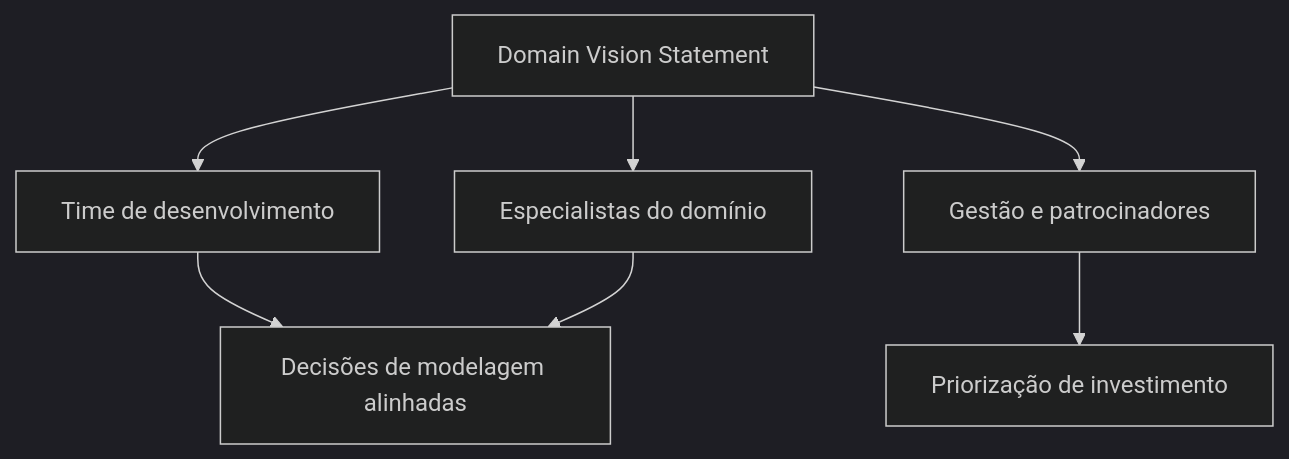
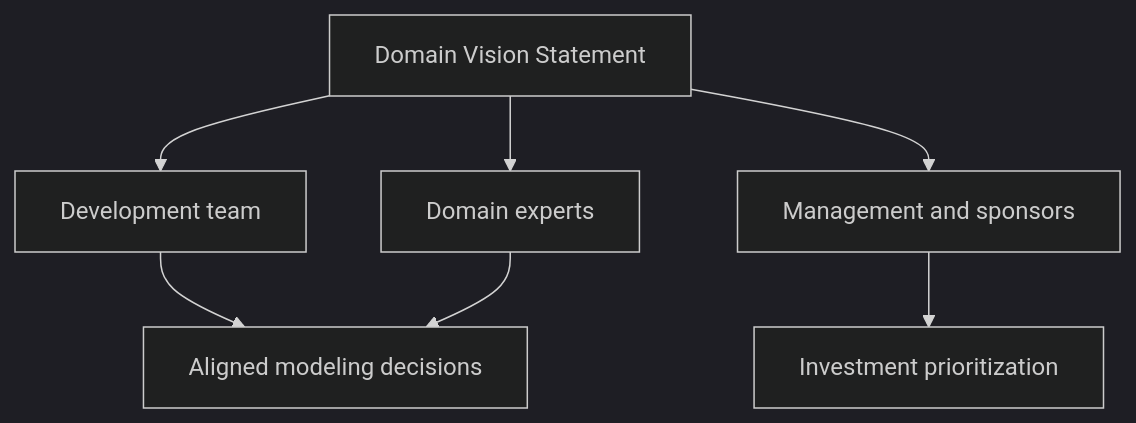
One commit to alancesar/design-patterns changed the diagram in docs/application/ddd/distillation/domain-vision-statement.md. Above: the diagram before and after it, drawn with Mermaid (dark theme). The commit also changed 258 other files, not shown here.

First line of the commit message:
Translate Mermaid diagrams to English

````diff
--- a/docs/application/ddd/distillation/domain-vision-statement.md
+++ b/docs/application/ddd/distillation/domain-vision-statement.md
@@ -56,9 +56,9 @@
 ```mermaid
 flowchart TD
-    A["Domain Vision Statement"] --> B["Time de desenvolvimento"]
-    A --> C["Especialistas do domínio"]
-    A --> D["Gestão e patrocinadores"]
-    B --> E["Decisões de modelagem alinhadas"]
+    A["Domain Vision Statement"] --> B["Development team"]
+    A --> C["Domain experts"]
+    A --> D["Management and sponsors"]
+    B --> E["Aligned modeling decisions"]
     C --> E
-    D --> F["Priorização de investimento"]
+    D --> F["Investment prioritization"]
 ```
````
